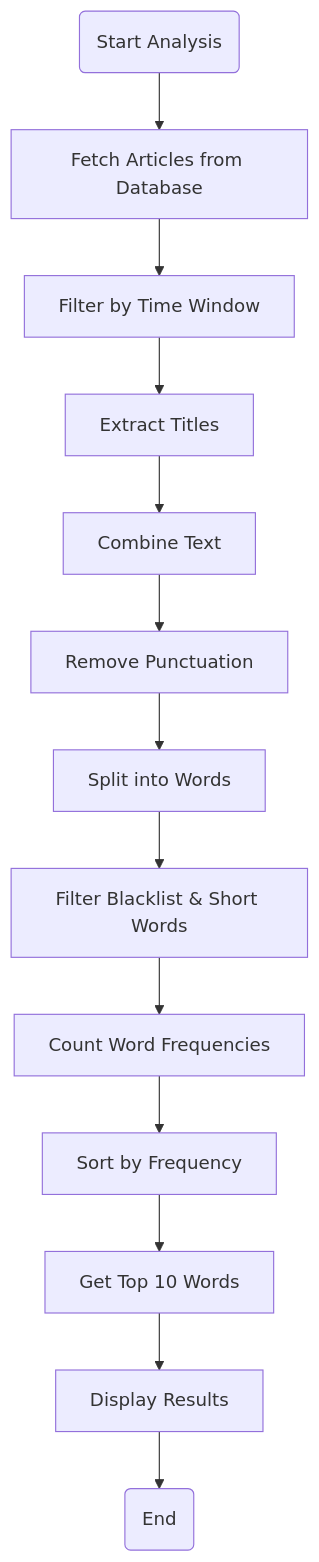
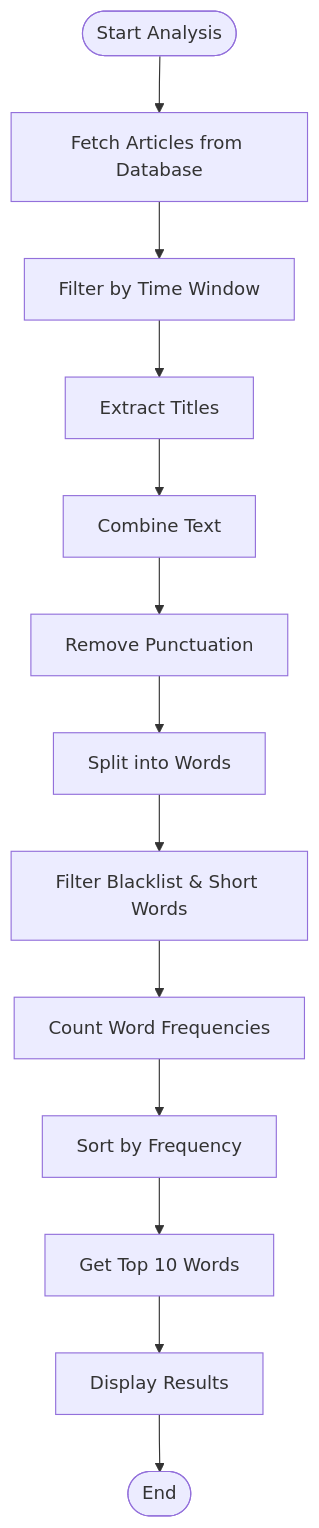
Before and after one commit to Likhithsai2580/RAVANA-WIKI: the third of 5 diagrams in docs/Specialized Modules/Trend Analysis-99ab4941-833f-4090-b342-69e580b0c33d.md, drawn with Mermaid. The commit also changed other lines of this file and 78 other files, not shown here.

````diff
--- a/docs/Specialized Modules/Trend Analysis-99ab4941-833f-4090-b342-69e580b0c33d.md
+++ b/docs/Specialized Modules/Trend Analysis-99ab4941-833f-4090-b342-69e580b0c33d.md
@@ -82,16 +80,15 @@
 ```mermaid
 flowchart TD
-Start("Start Analysis") --> Fetch["Fetch Articles from Database"]
+Start([Start Analysis]) --> Fetch["Fetch Articles from Database"]
 Fetch --> Filter["Filter by Time Window"]
 Filter --> Extract["Extract Titles"]
 Extract --> Combine["Combine Text"]
 Combine --> Clean["Remove Punctuation"]
 Clean --> Split["Split into Words"]
 Split --> FilterWords["Filter Blacklist & Short Words"]
 FilterWords --> Count["Count Word Frequencies"]
 Count --> Sort["Sort by Frequency"]
 Sort --> Top10["Get Top 10 Words"]
 Top10 --> Output["Display Results"]
-Output --> End("End")
-
+Output --> End([End])
 ```
````
